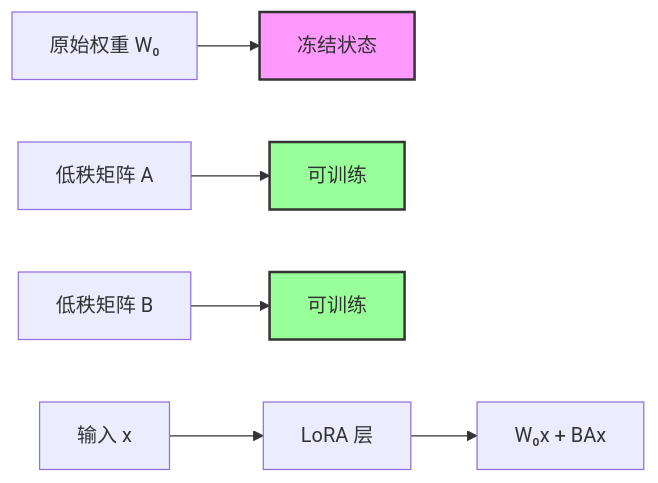
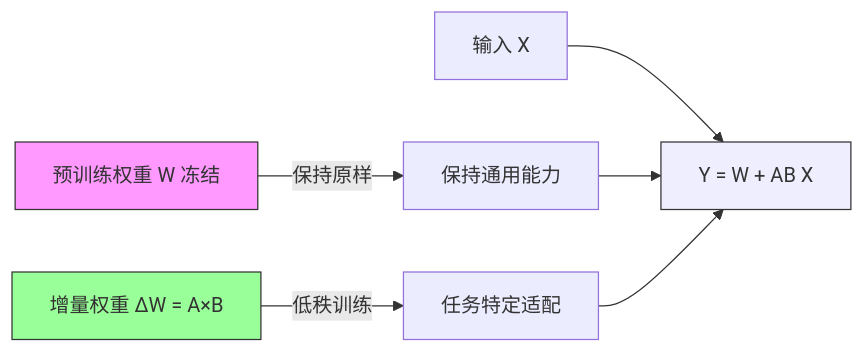
The first of 2 diagrams in pages/posts/llm/Model-fine-tuning-LoRA.md (Zhengke0110/Blog), drawn with Mermaid before and after one commit. The commit also changed other lines of this file, not shown here.

Commit message:
docs(posts): 更新LoRA微调技术文档，优化图示和核心优势描述

````diff
--- a/pages/posts/llm/Model-fine-tuning-LoRA.md
+++ b/pages/posts/llm/Model-fine-tuning-LoRA.md
@@ -19,12 +19,11 @@
 ```mermaid
 graph LR
-    A[原始权重 W₀] --> B[冻结状态]
-    C[低秩矩阵 A] --> D[可训练]
-    E[低秩矩阵 B] --> F[可训练]
-    G[输入 x] --> H[LoRA 层]
-    H --> I[W₀x + BAx]
-
-    style B fill:#f9f,stroke:#333,stroke-width:2px
-    style D fill:#9f9,stroke:#333,stroke-width:2px
-    style F fill:#9f9,stroke:#333,stroke-width:2px
+    W[预训练权重 W 冻结] -->|保持原样| Stable[保持通用能力]
+    Delta[增量权重 ΔW = A×B] -->|低秩训练| Adapt[任务特定适配]
+    Input[输入 X] --> Calc[Y = W + AB X]
+    Stable --> Calc
+    Adapt --> Calc
+    style W fill:#f9f,stroke:#333
+    style Delta fill:#9f9,stroke:#333
+    style Calc fill:#eef,stroke:#333
 ```
````
